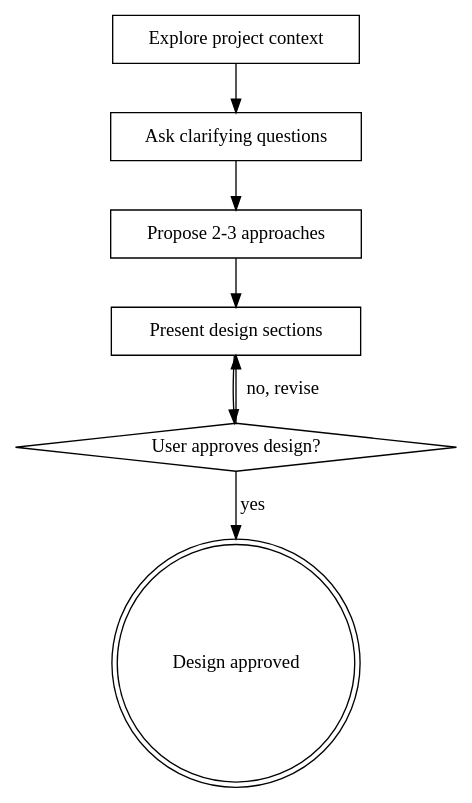
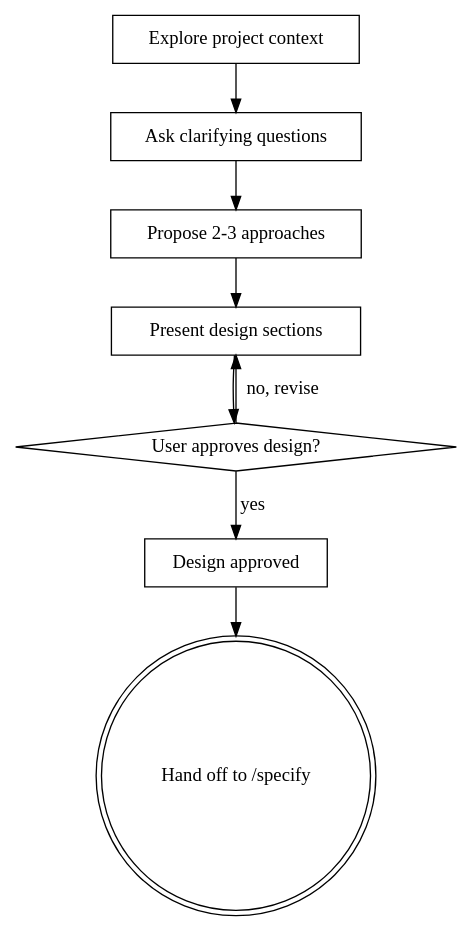
Before and after one commit to lab10-org/builders-content-projects: the diagram in 01-mis-finanzas/.claude/skills/brainstorming/SKILL.md, drawn with Graphviz. The commit also changed other lines of this file and 6 other files, not shown here.

````diff
--- a/01-mis-finanzas/.claude/skills/brainstorming/SKILL.md
+++ b/01-mis-finanzas/.claude/skills/brainstorming/SKILL.md
@@ -32,17 +33,19 @@
 ```dot
 digraph brainstorming {
     "Explore project context" [shape=box];
     "Ask clarifying questions" [shape=box];
     "Propose 2-3 approaches" [shape=box];
     "Present design sections" [shape=box];
     "User approves design?" [shape=diamond];
-    "Design approved" [shape=doublecircle];
+    "Design approved" [shape=box];
+    "Hand off to /specify" [shape=doublecircle];
 
     "Explore project context" -> "Ask clarifying questions";
     "Ask clarifying questions" -> "Propose 2-3 approaches";
     "Propose 2-3 approaches" -> "Present design sections";
     "Present design sections" -> "User approves design?";
     "User approves design?" -> "Present design sections" [label="no, revise"];
     "User approves design?" -> "Design approved" [label="yes"];
+    "Design approved" -> "Hand off to /specify";
 }
 ```
````
